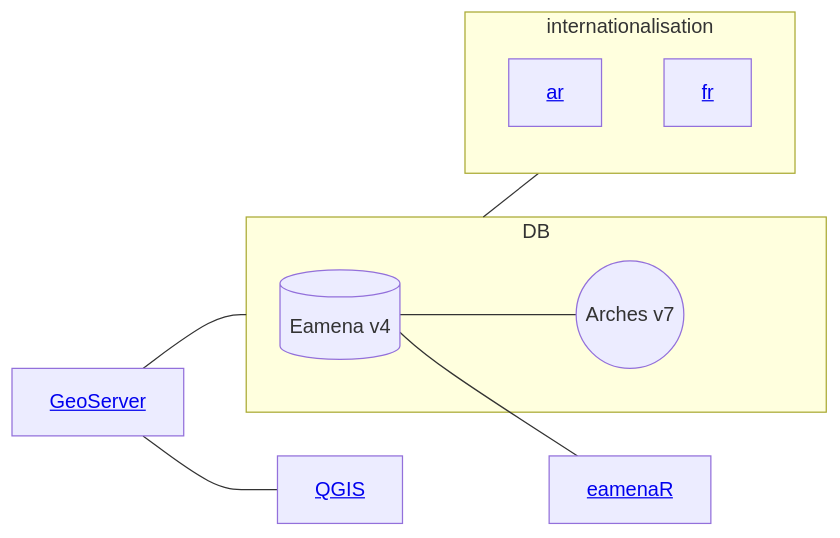
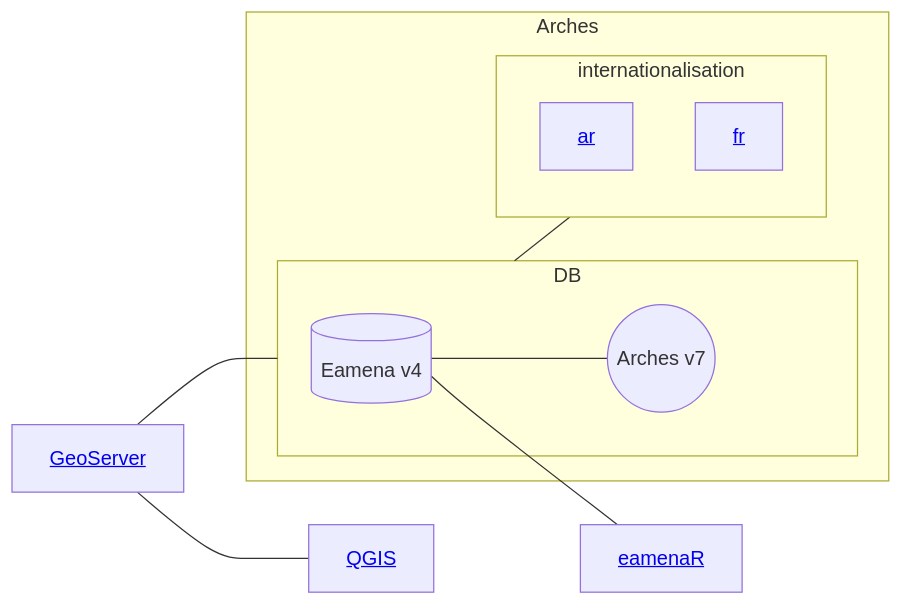
The first of 2 diagrams in training/README.md (eamena-project/eamena-arches-dev), drawn with Mermaid before and after one commit. The commit also changed other lines of this file, not shown here.

````diff
--- a/training/README.md
+++ b/training/README.md
@@ -16,14 +16,16 @@
 ```mermaid
 flowchart LR
-  subgraph DB
-  id1[(Eamena v4)] --- id2((Arches v7));
+  subgraph Arches
+    subgraph DB
+      id1[(Eamena v4)] --- id2((Arches v7));
+    end
+    subgraph internationalisation
+      id6[<a href='https://github.com/archesproject/arches/blob/master/arches/locale/ar/LC_MESSAGES/django.po'>ar</a>];
+      id7[<a href='https://github.com/archesproject/arches/blob/master/arches/locale/fr/LC_MESSAGES/django.po'>fr</a>];
+    end 
   end
   id3[<a href='https://github.com/eamena-project/eamena-arches-dev/tree/main/geoserver'>GeoServer</a>] --- DB;
   id3 --- id4[<a href='https://github.com/eamena-project/eamena-arches-dev/tree/main/gis/qgis'>QGIS</a>];
   id1 --- id5[<a href='https://github.com/eamena-project/eamenaR'>eamenaR</a>];
-  subgraph internationalisation
-  id6[<a href='https://github.com/archesproject/arches/blob/master/arches/locale/ar/LC_MESSAGES/django.po'>ar</a>];
-  id7[<a href='https://github.com/archesproject/arches/blob/master/arches/locale/fr/LC_MESSAGES/django.po'>fr</a>];
-  end 
   DB --- internationalisation
 ```
````
